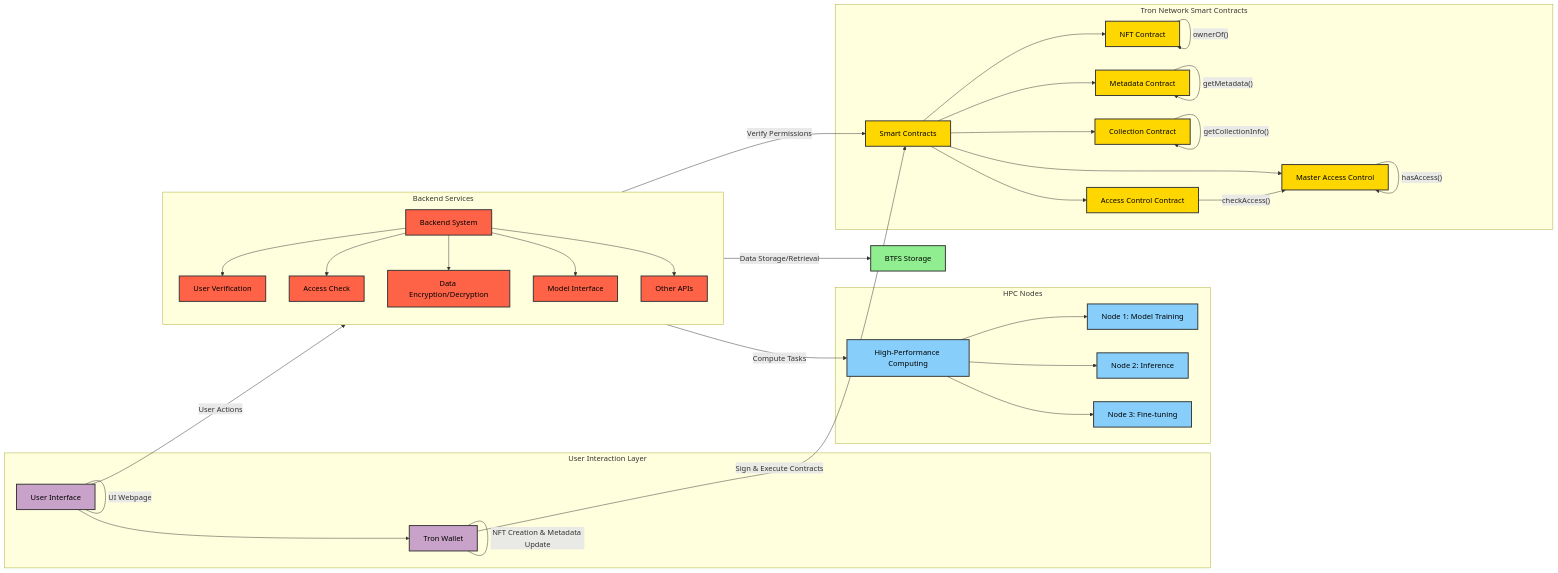
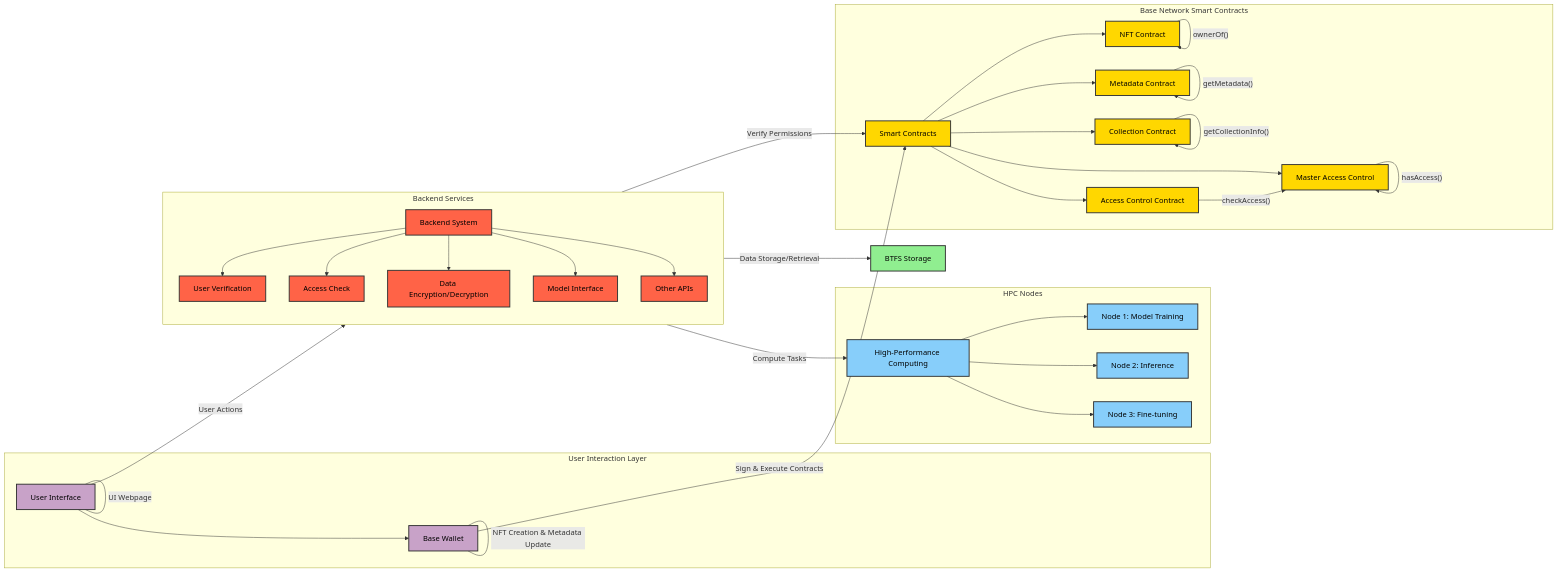
Before and after one commit to Projects-by-Harsh-and-Sid/NeuraNFT_Base: the diagram in README.md, drawn with Mermaid.

````diff
--- a/README.md
+++ b/README.md
@@ -137,77 +137,77 @@
 ```mermaid
 graph LR
     UI[User Interface]
-    TW[Tron Wallet]
+    TW[Base Wallet]
 
     UI --> TW
     UI --"User Actions"-->BS
     TW --"Sign & Execute Contracts"-->SC
 
     subgraph "User Interaction Layer"
         UI --"UI Webpage"--- UI
         TW --"NFT Creation & Metadata Update"--- TW
     end
 
     subgraph "Backend Services"
         direction TB
         BS[Backend System]
         UV[User Verification]
         AC[Access Check]
         ED[Data Encryption/Decryption]
         MI[Model Interface]
         API[Other APIs]
         BS --> UV
         BS --> AC
         BS --> ED
         BS --> MI
         BS --> API
     end
 
     BS --"Data Storage/Retrieval"-->BTFS
     BS --"Compute Tasks"-->HPC
     AC --"Verify Permissions"-->SC
 
     BTFS[BTFS Storage]
 
     subgraph "HPC Nodes"
         HPC[High-Performance Computing]
         SN1[Node 1: Model Training]
         SN2[Node 2: Inference]
         SN3[Node 3: Fine-tuning]
         HPC --> SN1
         HPC --> SN2
         HPC --> SN3
     end
 
-    subgraph "Tron Network Smart Contracts"
+    subgraph "Base Network Smart Contracts"
         SC[Smart Contracts]
         NFT[NFT Contract]
         ACC[Access Control Contract]
         MD[Metadata Contract]
         CC[Collection Contract]
         MAC[Master Access Control]
         SC --> NFT
         SC --> ACC
         SC --> MD
         SC --> CC
         SC --> MAC
         NFT --"ownerOf()"-->NFT
         ACC --"checkAccess()"-->MAC
         MD --"getMetadata()"-->MD
         CC --"getCollectionInfo()"-->CC
         MAC --"hasAccess()"-->MAC
     end
 
     classDef default fill:#f0f0f0,stroke:#333,stroke-width:2px,color:#000;
-    classDef tron fill:#ffd700,stroke:#333,stroke-width:2px,color:#000;
+    classDef Base fill:#ffd700,stroke:#333,stroke-width:2px,color:#000;
     classDef computing fill:#87cefa,stroke:#333,stroke-width:2px,color:#000;
     classDef storage fill:#90EE90,stroke:#333,stroke-width:2px,color:#000;
     classDef backend fill:#ff6347,stroke:#333,stroke-width:2px,color:#000;
     classDef user fill:#c8a2c8,stroke:#333,stroke-width:2px,color:#000;
 
-    class SC,NFT,ACC,MD,CC,MAC tron;
+    class SC,NFT,ACC,MD,CC,MAC Base;
     class HPC,SN1,SN2,SN3 computing;
     class BTFS storage;
     class BS,UV,AC,ED,MI,API backend;
     class UI,TW user;
 ```
````
